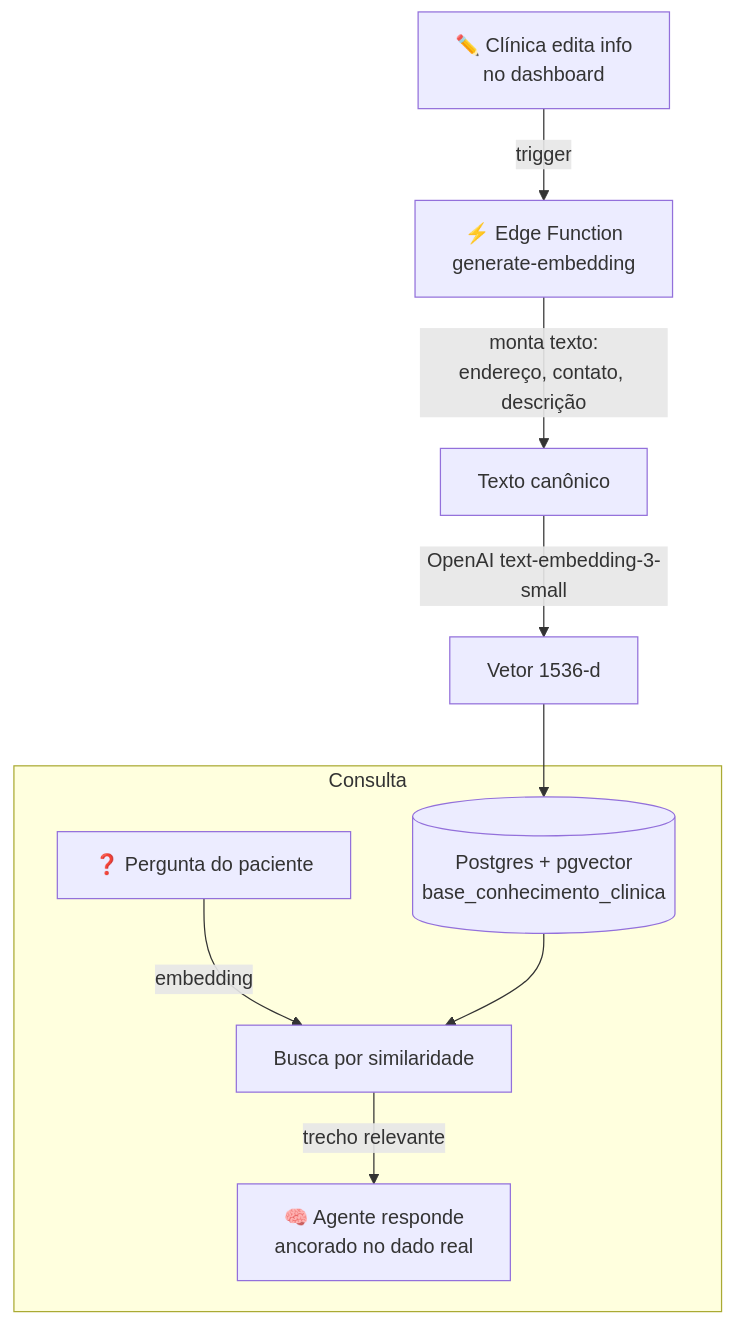
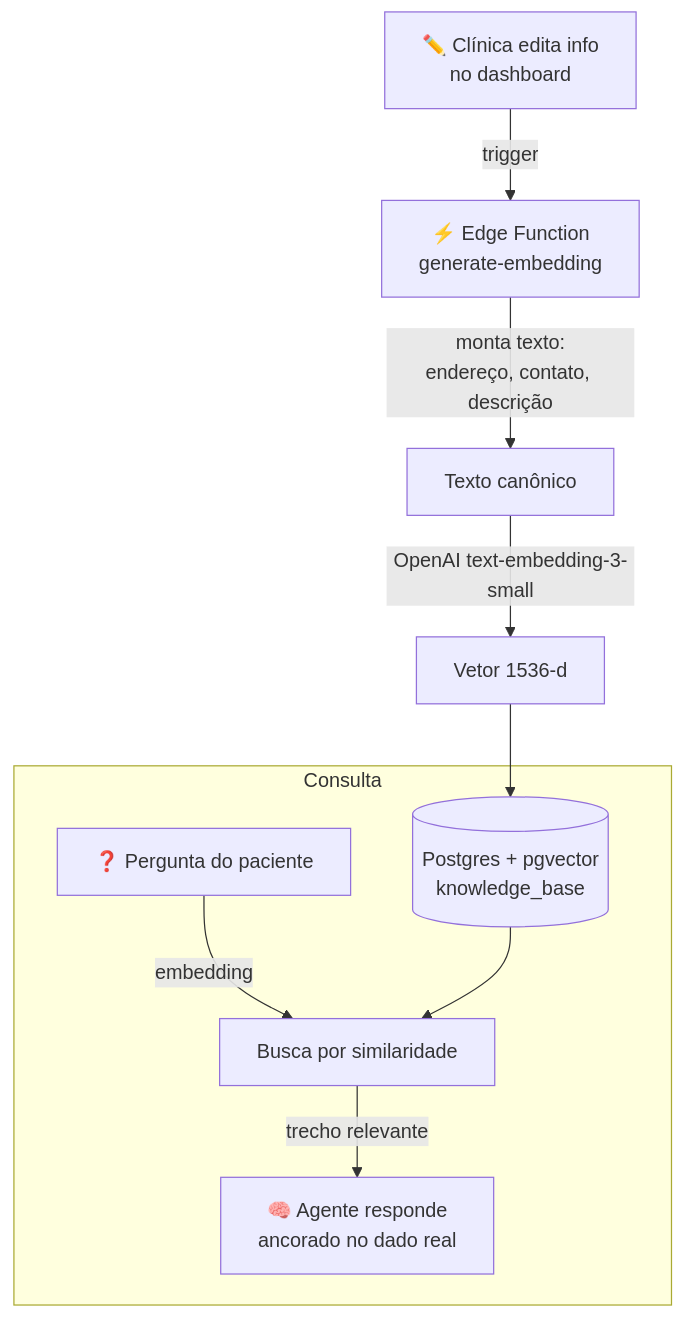
The diagram in README.md (iTristaoo/rag-knowledge-base), drawn with Mermaid before and after one commit. The commit also changed other lines of this file, not shown here.

Commit message:
docs: review fixes — honestidade, CTA, anonimização e mermaid

````diff
--- a/README.md
+++ b/README.md
@@ -33,12 +34,12 @@
 ```mermaid
 flowchart TD
     EDIT[✏️ Clínica edita info<br/>no dashboard] -->|trigger| FN[⚡ Edge Function<br/>generate-embedding]
     FN -->|monta texto:<br/>endereço, contato, descrição| TXT[Texto canônico]
     TXT -->|OpenAI text-embedding-3-small| EMB[Vetor 1536-d]
-    EMB --> DB[(Postgres + pgvector<br/>base_conhecimento_clinica)]
+    EMB --> DB[(Postgres + pgvector<br/>knowledge_base)]
     subgraph Consulta
       Q[❓ Pergunta do paciente] -->|embedding| SEARCH[Busca por similaridade]
       DB --> SEARCH
       SEARCH -->|trecho relevante| AGENT[🧠 Agente responde<br/>ancorado no dado real]
     end
 ```
````
